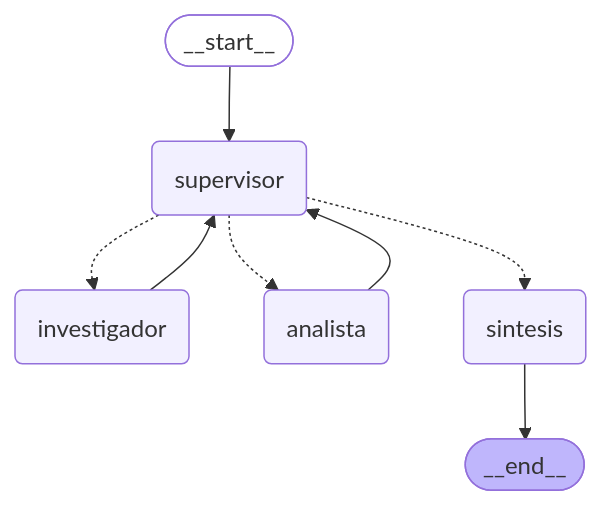
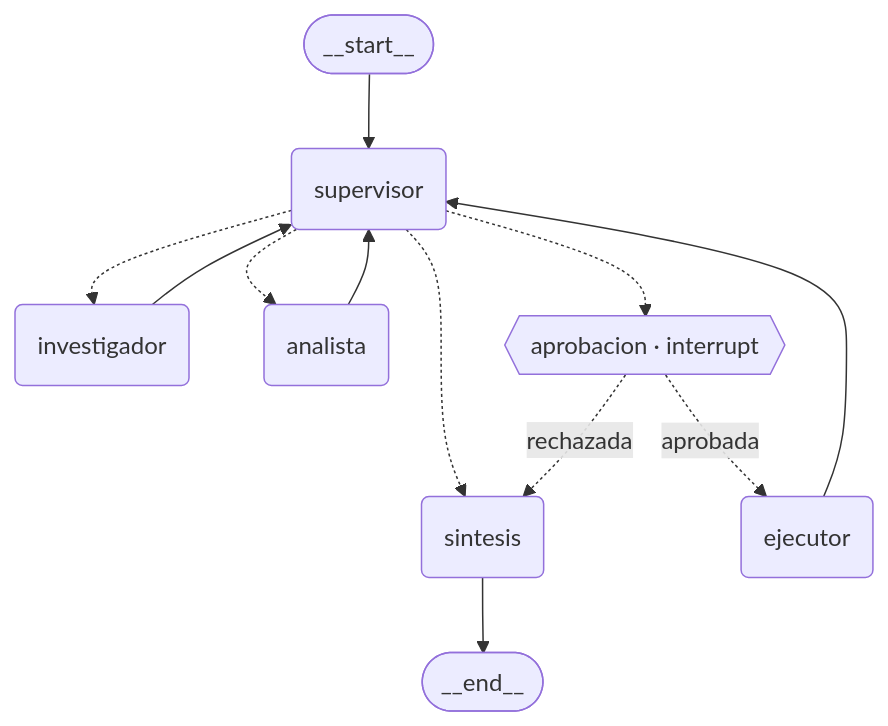
The diagram in README.md (gusmarra/ai-e-coderhouse), drawn with Mermaid before and after one commit. The commit also changed other lines of this file and 47 other files, not shown here.

````diff
--- a/README.md
+++ b/README.md
@@ -20,19 +36,14 @@
 ```mermaid
 graph TD;
-	__start__([<p>__start__</p>]):::first
-	supervisor(supervisor)
-	investigador(investigador)
-	analista(analista)
-	sintesis(sintesis)
-	__end__([<p>__end__</p>]):::last
-	__start__ --> supervisor;
-	analista --> supervisor;
-	investigador --> supervisor;
-	supervisor -.-> analista;
-	supervisor -.-> investigador;
-	supervisor -.-> sintesis;
-	sintesis --> __end__;
-	classDef default fill:#f2f0ff,line-height:1.2
-	classDef first fill-opacity:0
-	classDef last fill:#bfb6fc
+	__start__([__start__]) --> supervisor(supervisor)
+	supervisor -.-> investigador(investigador)
+	supervisor -.-> analista(analista)
+	supervisor -.-> aprobacion{{aprobacion · interrupt}}
+	supervisor -.-> sintesis(sintesis)
+	investigador --> supervisor
+	analista --> supervisor
+	aprobacion -.->|aprobada| ejecutor(ejecutor)
+	aprobacion -.->|rechazada| sintesis
+	ejecutor --> supervisor
+	sintesis --> __end__([__end__])
 ```
````
